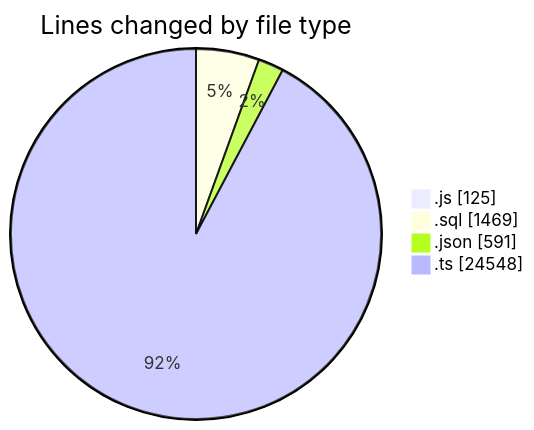
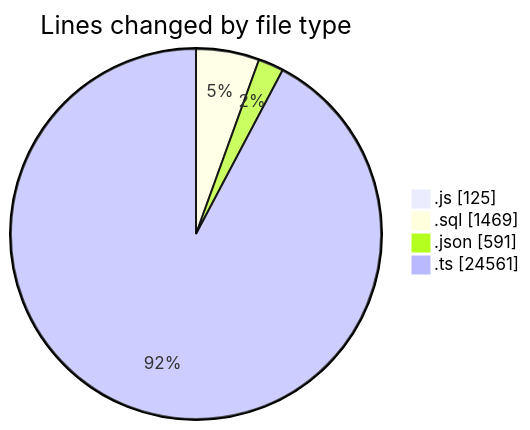
One commit to momahboobian/code-tracking changed the first of 2 diagrams in 2026-05-20/cda/README.md. Above: the diagram before and after it, drawn with Mermaid. The commit also changed other lines of this file and 1 other file, not shown here.

````diff
--- a/2026-05-20/cda/README.md
+++ b/2026-05-20/cda/README.md
@@ -37,8 +37,8 @@
 ```mermaid
 pie showData
 title Lines changed by file type
 ".js" : 125
 ".sql" : 1469
 ".json" : 591
-".ts" : 24548
+".ts" : 24561
 ```
````
